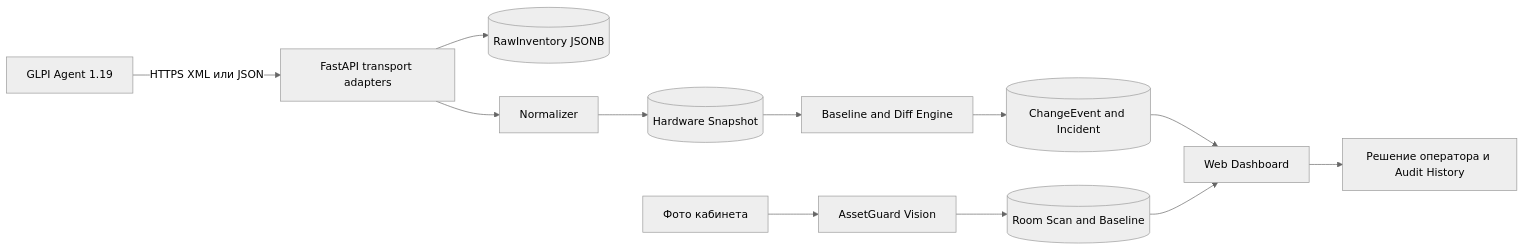
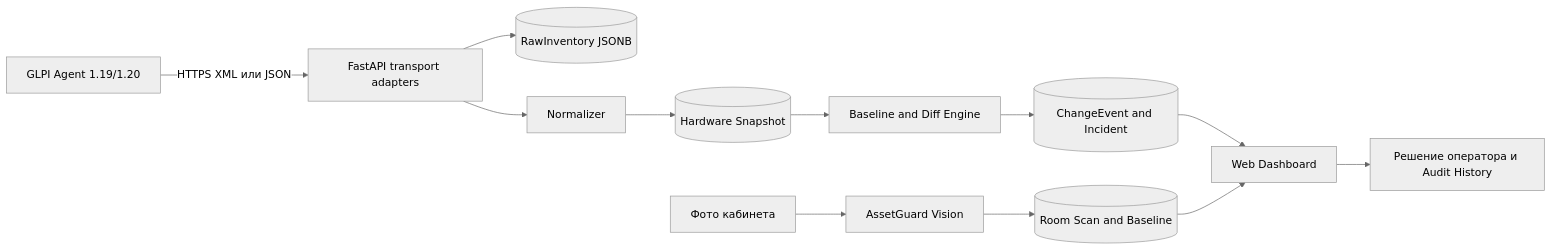
The diagram in docs/product/pitch-guide.md (temirkhanerbolatovich-coder/AssetGuard), drawn with Mermaid (neutral theme) before and after one commit. The commit also changed other lines of this file and 14 other files, not shown here.

Commit message:
feat: pin supported GLPI agent release

````diff
--- a/docs/product/pitch-guide.md
+++ b/docs/product/pitch-guide.md
@@ -53,14 +53,14 @@
 ```mermaid
 flowchart LR
-    A[GLPI Agent 1.19] -->|HTTPS XML или JSON| B[FastAPI transport adapters]
+    A[GLPI Agent 1.19/1.20] -->|HTTPS XML или JSON| B[FastAPI transport adapters]
     B --> C[(RawInventory JSONB)]
     B --> D[Normalizer]
     D --> E[(Hardware Snapshot)]
     E --> F[Baseline and Diff Engine]
     F --> G[(ChangeEvent and Incident)]
     G --> H[Web Dashboard]
     H --> I[Решение оператора и Audit History]
     V[Фото кабинета] --> W[AssetGuard Vision]
     W --> X[(Room Scan and Baseline)]
     X --> H
 ```
````
